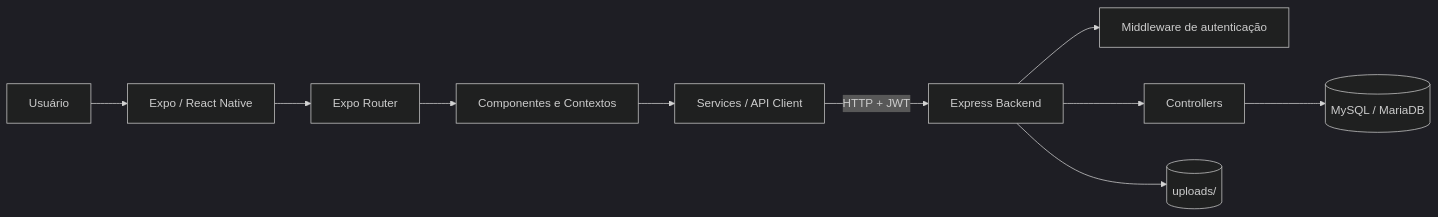
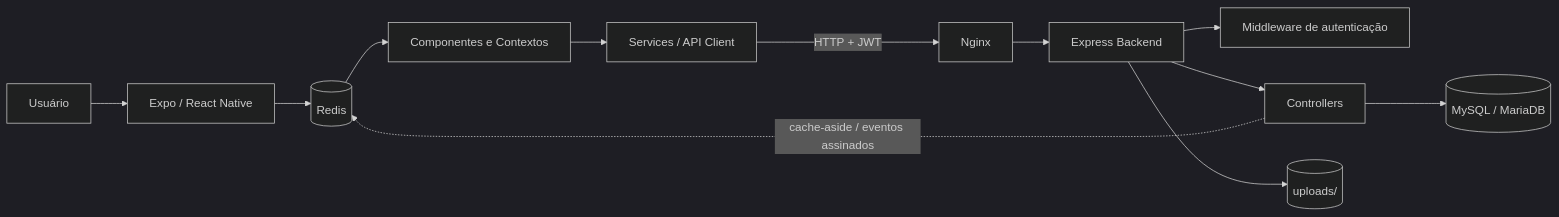
One commit to ZenithSlayer/proj214k changed the first of 8 diagrams in docs/documentacao-produto.md. Above: the diagram before and after it, drawn with Mermaid (dark theme). The commit also changed other lines of this file and 125 other files, not shown here.

````diff
--- a/docs/documentacao-produto.md
+++ b/docs/documentacao-produto.md
@@ -66,12 +66,14 @@
 ```mermaid
 flowchart LR
     U[Usuário] --> E[Expo / React Native]
     E --> R[Expo Router]
     R --> C[Componentes e Contextos]
     C --> S[Services / API Client]
-    S -->|HTTP + JWT| B[Express Backend]
+    S -->|HTTP + JWT| N[Nginx]
+    N --> B[Express Backend]
     B --> M[Middleware de autenticação]
     B --> CT[Controllers]
     CT --> DB[(MySQL / MariaDB)]
+    CT -. cache-aside / eventos assinados .-> R[(Redis)]
     B --> FS[(uploads/)]
 ```
````
